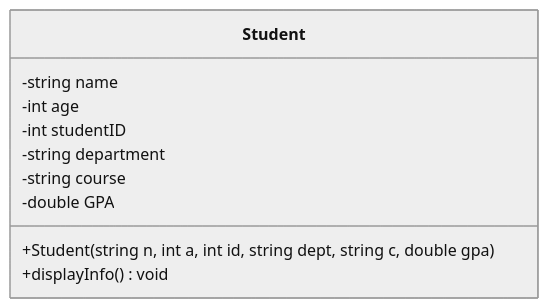
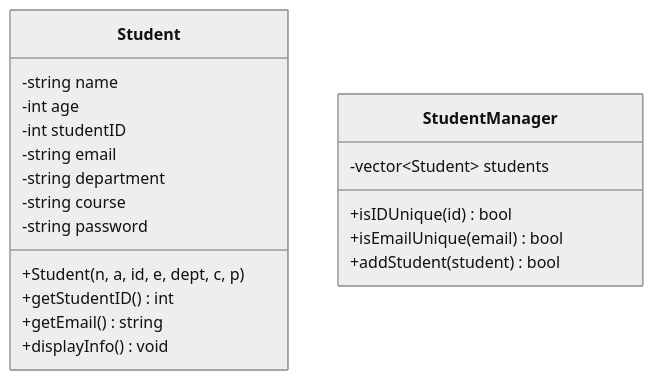
The diagram in README.md (Tayo1224/student-class-project), drawn with Mermaid (neutral theme) before and after one commit. The commit also changed other lines of this file, not shown here.

First line of the commit message:
Revise README for Student class and add StudentManager

````diff
--- a/README.md
+++ b/README.md
@@ -53,14 +5,26 @@
 ``` mermaid
 classDiagram
     class Student {
         -string name
         -int age
         -int studentID
+        -string email
         -string department
         -string course
-        -double GPA
-        +Student(string n, int a, int id, string dept, string c, double gpa)
+        -string password
+        +Student(n, a, id, e, dept, c, p)
+        +getStudentID() int
+        +getEmail() string
         +displayInfo() void
     }
 
+    class StudentManager {
+        -vector~Student~ students
+        +isIDUnique(id) bool
+        +isEmailUnique(email) bool
+        +addStudent(student) bool
+    }
+
+  
+
 ```
````
